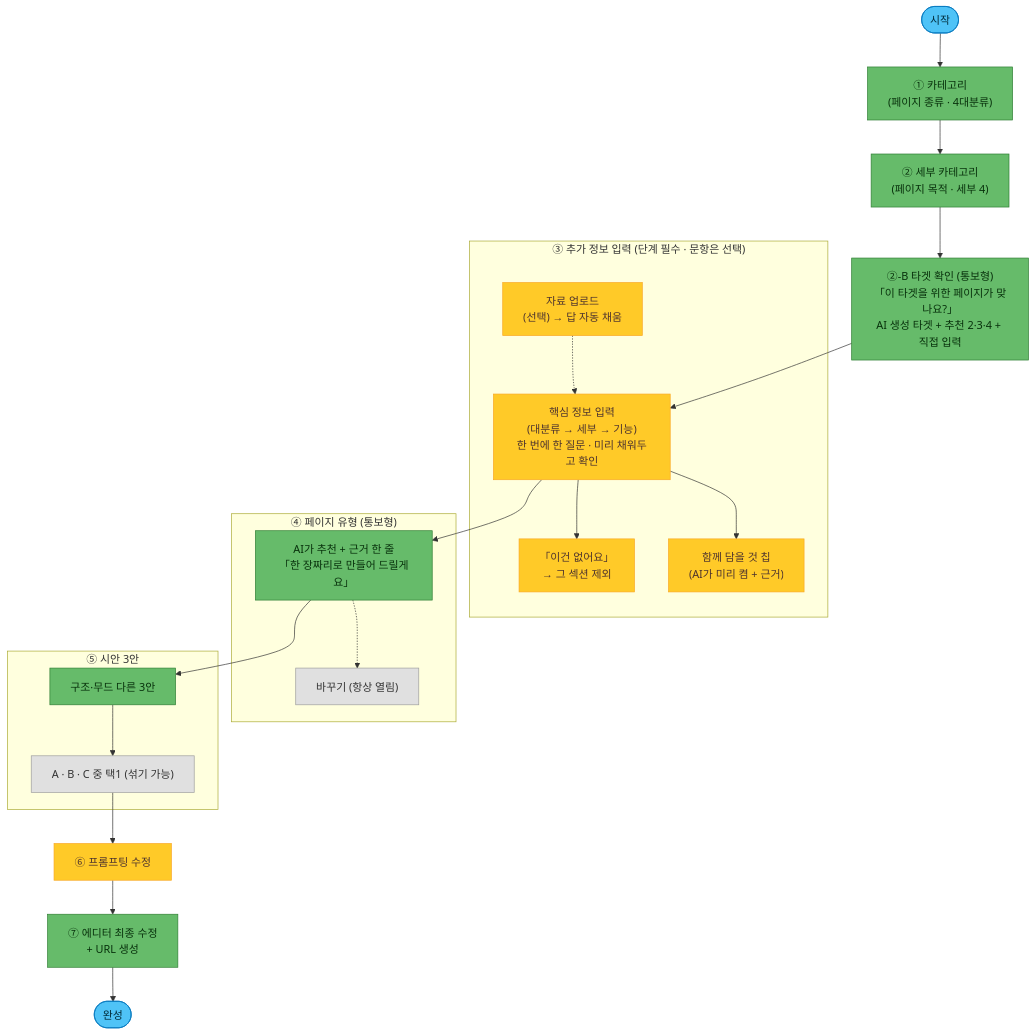
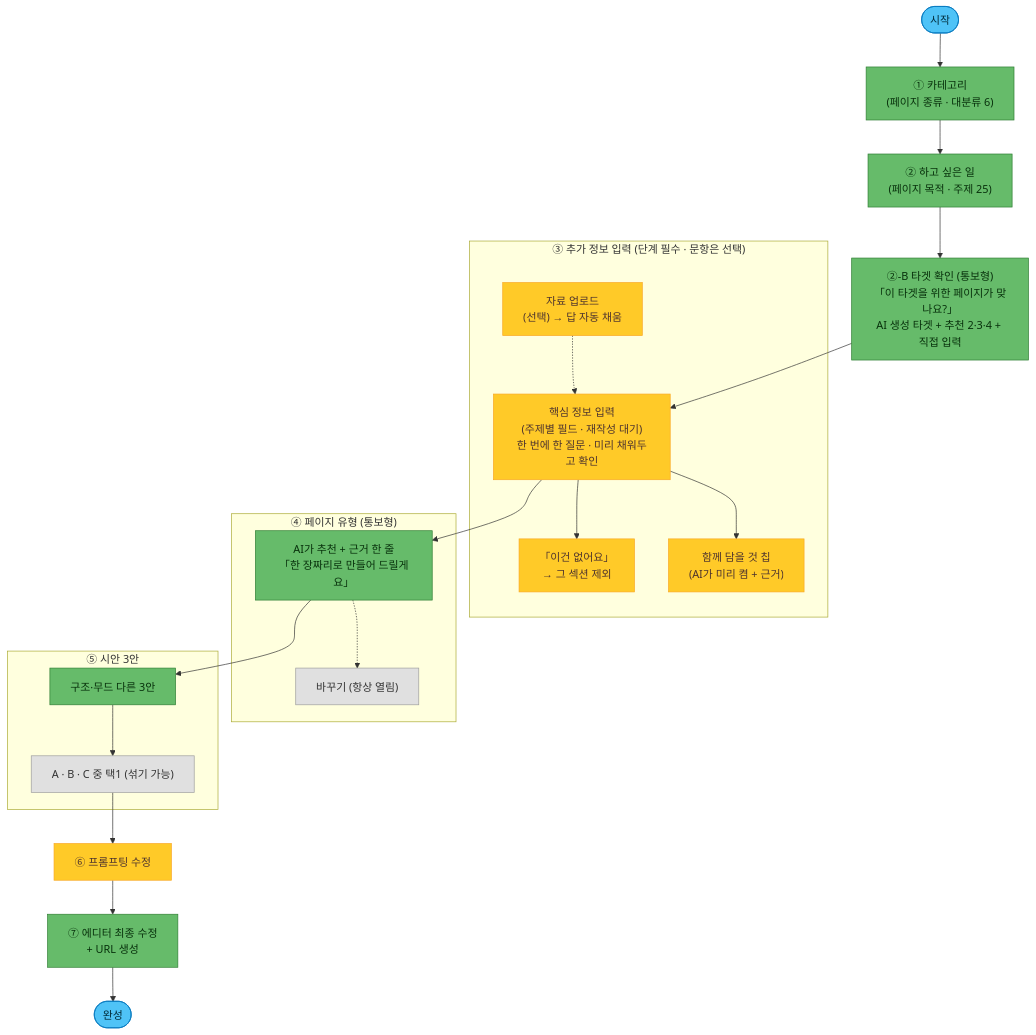
The diagram in 1. 작업 가이드/1-9. AI 유저 플로우.md (CdBd-in/cdbd-templates), drawn with Mermaid before and after one commit. The commit also changed other lines of this file and 1 other file, not shown here.

````diff
--- a/1. 작업 가이드/1-9. AI 유저 플로우.md
+++ b/1. 작업 가이드/1-9. AI 유저 플로우.md
@@ -163,39 +163,39 @@
 ```mermaid
 flowchart TD
     Start(["시작"]):::term
-    C1["① 카테고리<br/>(페이지 종류 · 4대분류)"]:::req
-    C2["② 세부 카테고리<br/>(페이지 목적 · 세부 4)"]:::req
+    C1["① 카테고리<br/>(페이지 종류 · 대분류 6)"]:::req
+    C2["② 하고 싶은 일<br/>(페이지 목적 · 주제 25)"]:::req
     TG["②-B 타겟 확인 (통보형)<br/>「이 타겟을 위한 페이지가 맞나요?」<br/>AI 생성 타겟 + 추천 2·3·4 + 직접 입력"]:::req
     subgraph P3["③ 추가 정보 입력 (단계 필수 · 문항은 선택)"]
-        QS["핵심 정보 입력<br/>(대분류 → 세부 → 기능)<br/>한 번에 한 질문 · 미리 채워두고 확인"]:::opt
+        QS["핵심 정보 입력<br/>(주제별 필드 · 재작성 대기)<br/>한 번에 한 질문 · 미리 채워두고 확인"]:::opt
         NO["「이건 없어요」<br/>→ 그 섹션 제외"]:::opt
         CH["함께 담을 것 칩<br/>(AI가 미리 켬 + 근거)"]:::opt
         UP["자료 업로드<br/>(선택) → 답 자동 채움"]:::opt
         UP -.-> QS
         QS --> NO
         QS --> CH
     end
     subgraph P4["④ 페이지 유형 (통보형)"]
         REC["AI가 추천 + 근거 한 줄<br/>「한 장짜리로 만들어 드릴게요」"]:::req
         CHG["바꾸기 (항상 열림)"]:::sub
         REC -.-> CHG
     end
     subgraph P5["⑤ 시안 3안"]
         G["구조·무드 다른 3안"]:::req
         ABC["A · B · C 중 택1 (섞기 가능)"]:::sub
         G --> ABC
     end
     P6["⑥ 프롬프팅 수정"]:::opt
     P7["⑦ 에디터 최종 수정<br/>+ URL 생성"]:::req
     Done(["완성"]):::term
 
     Start --> C1 --> C2 --> TG --> QS
     QS --> REC
     REC --> G
     ABC --> P6 --> P7 --> Done
 
     classDef term fill:#4FC3F7,stroke:#0277BD,color:#012B39;
     classDef opt fill:#FFCA28,stroke:#F9A825,color:#4E342E;
     classDef req fill:#66BB6A,stroke:#2E7D32,color:#08310C;
     classDef sub fill:#E0E0E0,stroke:#9E9E9E,color:#333333;
 ```
````
